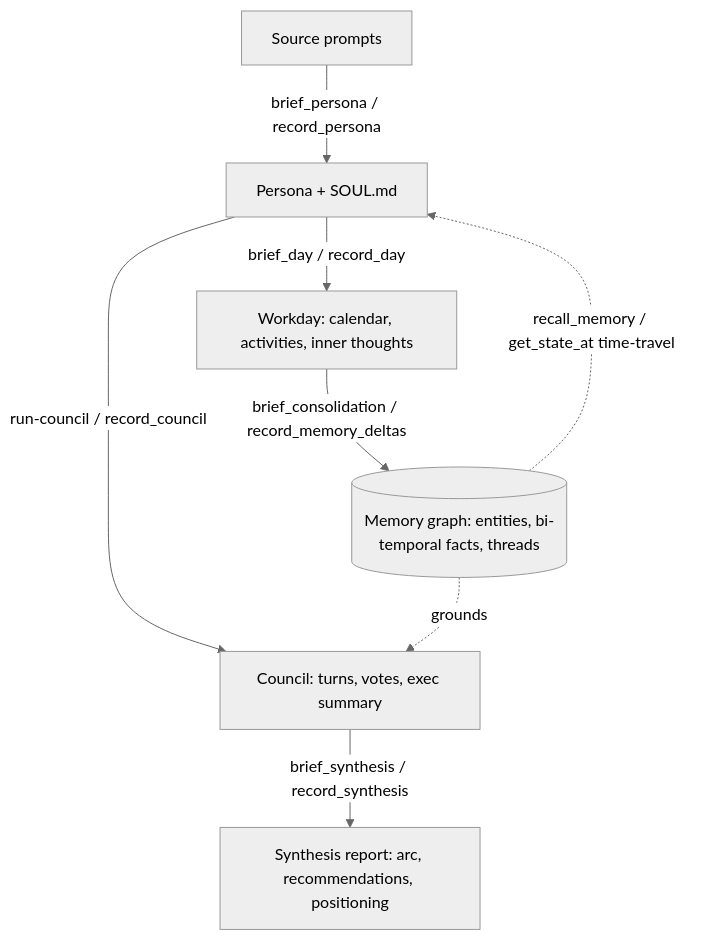
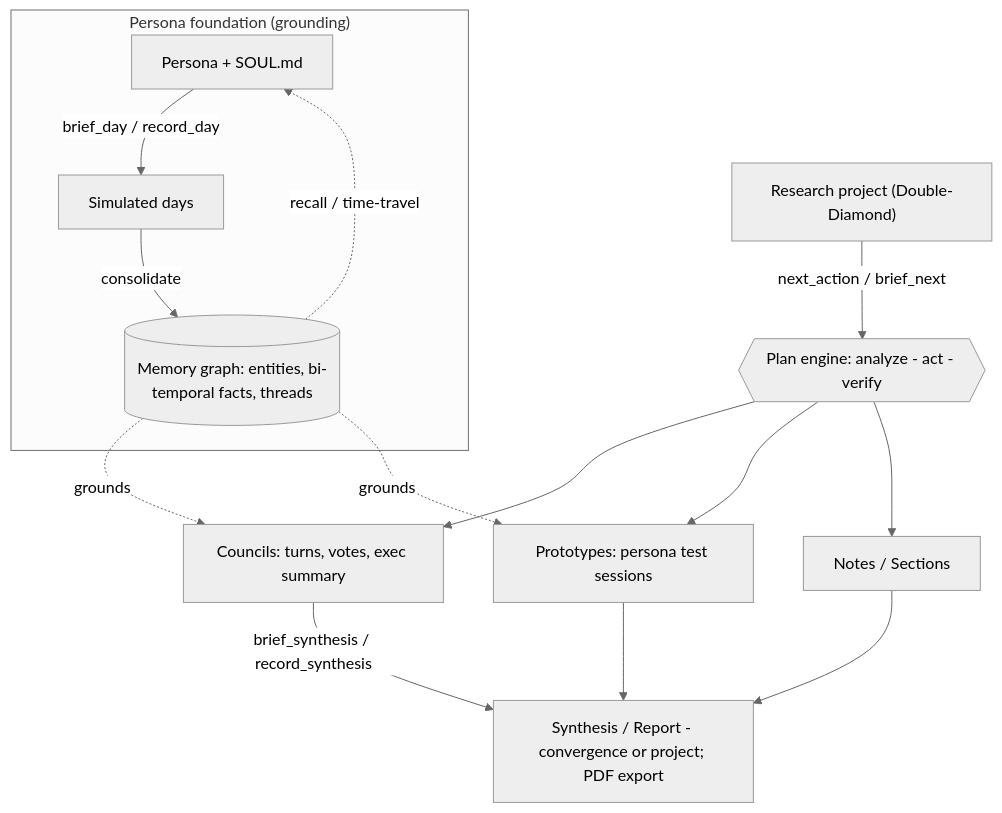
The diagram in README.md (jhoetter/persona-council), drawn with Mermaid (neutral theme) before and after one commit. The commit also changed other lines of this file, not shown here.

Commit message:
docs: update How-it-works to the current project/plan-driven flow
The old diagram showed only the persona->day->memory->council->synthesis spine.
All labels were still valid, but it omitted today's central layer: research
projects (Double-Diamond) driven by the plan engine (next_action -> analyze/act/
verify), prototypes as persona-tested evidence, notes/sections, and synthesis as
the unified report (convergence|project, PDF). Diagram + prose now reflect that.

````diff
--- a/README.md
+++ b/README.md
@@ -46,10 +56,17 @@
 ```mermaid
 flowchart TD
-  SRC["Source prompts"] -->|brief_persona / record_persona| P["Persona + SOUL.md"]
-  P -->|brief_day / record_day| D["Workday: calendar, activities, inner thoughts"]
-  D -->|brief_consolidation / record_memory_deltas| M[("Memory graph: entities, bi-temporal facts, threads")]
-  M -.->|recall_memory / get_state_at time-travel| P
-  P -->|run-council / record_council| C["Council: turns, votes, exec summary"]
+  subgraph F["Persona foundation (grounding)"]
+    P["Persona + SOUL.md"] -->|brief_day / record_day| D["Simulated days"]
+    D -->|consolidate| M[("Memory graph: entities, bi-temporal facts, threads")]
+    M -.->|recall / time-travel| P
+  end
+  PROJ["Research project (Double-Diamond)"] -->|next_action / brief_next| PLAN{{"Plan engine: analyze - act - verify"}}
+  PLAN --> C["Councils: turns, votes, exec summary"]
+  PLAN --> PR["Prototypes: persona test sessions"]
+  PLAN --> N["Notes / Sections"]
   M -.->|grounds| C
-  C -->|brief_synthesis / record_synthesis| S["Synthesis report: arc, recommendations, positioning"]
+  M -.->|grounds| PR
+  C -->|brief_synthesis / record_synthesis| S["Synthesis / Report - convergence or project; PDF export"]
+  PR --> S
+  N --> S
 ```
````
